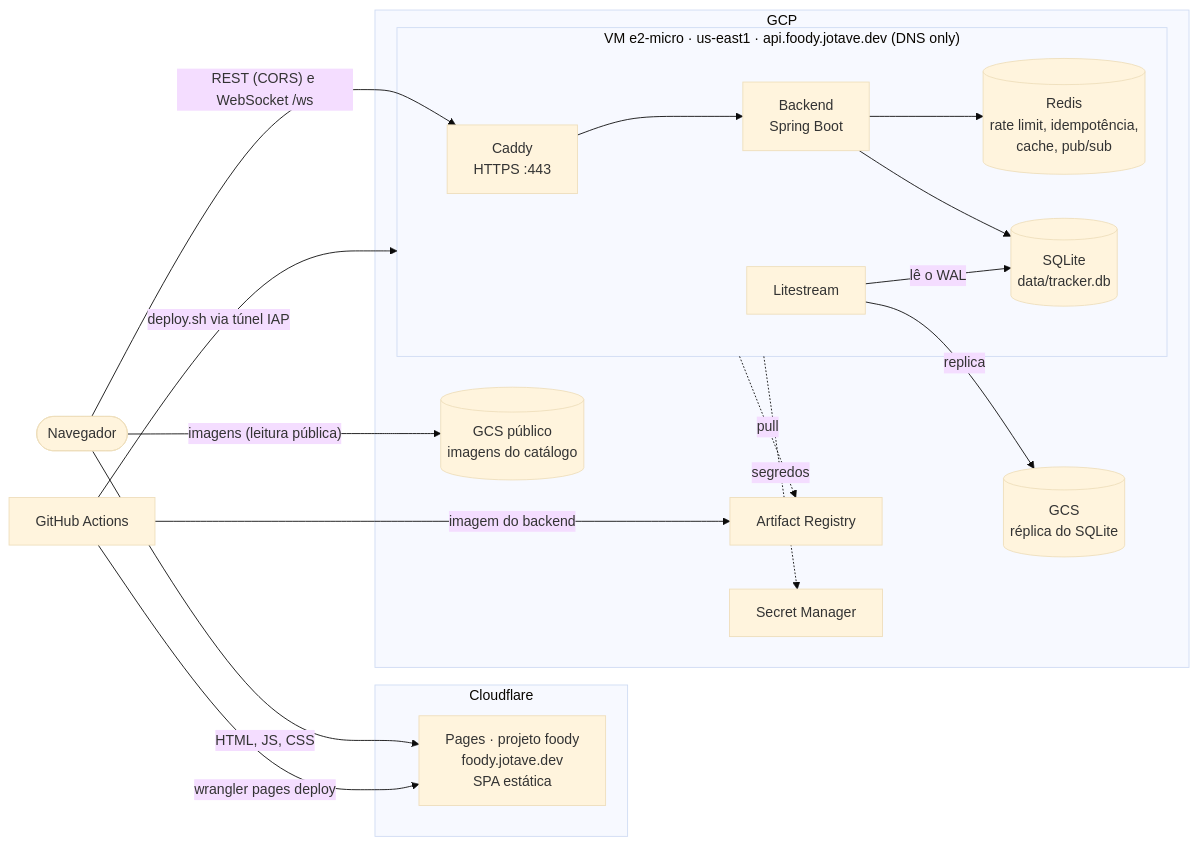
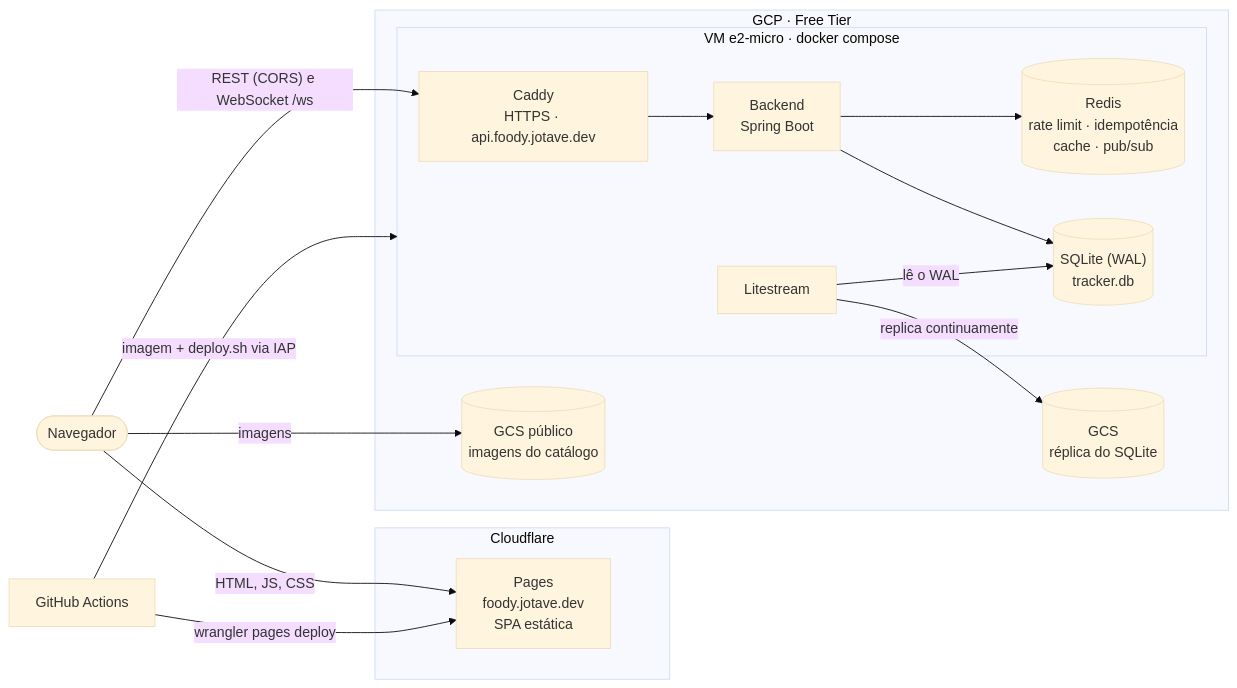
One commit to JotaveX/foody-delivery changed the first of 4 diagrams in README.md. Above: the diagram before and after it, drawn with Mermaid (base theme). The commit also changed other lines of this file, not shown here.

````diff
--- a/README.md
+++ b/README.md
@@ -13,38 +140,33 @@
 ```mermaid
 flowchart LR
     user([Navegador])
 
     subgraph cf[Cloudflare]
-        pages["Pages · projeto foody<br/>foody.jotave.dev<br/>SPA estática"]
+        pages["Pages<br/>foody.jotave.dev<br/>SPA estática"]
     end
 
-    subgraph gcp[GCP]
-        subgraph vm["VM e2-micro · us-east1 · api.foody.jotave.dev (DNS only)"]
-            caddy["Caddy<br/>HTTPS :443"]
+    subgraph gcp["GCP · Free Tier"]
+        subgraph vm["VM e2-micro · docker compose"]
+            caddy["Caddy<br/>HTTPS · api.foody.jotave.dev"]
             backend["Backend<br/>Spring Boot"]
-            redis[("Redis<br/>rate limit, idempotência,<br/>cache, pub/sub")]
-            sqlite[("SQLite<br/>data/tracker.db")]
+            redis[("Redis<br/>rate limit · idempotência<br/>cache · pub/sub")]
+            sqlite[("SQLite (WAL)<br/>tracker.db")]
             litestream["Litestream"]
         end
         gcs[("GCS<br/>réplica do SQLite")]
         images[("GCS público<br/>imagens do catálogo")]
-        ar["Artifact Registry"]
-        sm["Secret Manager"]
     end
 
     gha["GitHub Actions"]
 
     user -- "HTML, JS, CSS" --> pages
     user -- "REST (CORS) e WebSocket /ws" --> caddy
-    user -- "imagens (leitura pública)" --> images
+    user -- "imagens" --> images
     caddy --> backend
     backend --> redis
     backend --> sqlite
     litestream -- "lê o WAL" --> sqlite
-    litestream -- "replica" --> gcs
+    litestream -- "replica continuamente" --> gcs
     gha -- "wrangler pages deploy" --> pages
-    gha -- "imagem do backend" --> ar
-    gha -- "deploy.sh via túnel IAP" --> vm
-    vm -. "pull" .-> ar
-    vm -. "segredos" .-> sm
+    gha -- "imagem + deploy.sh via IAP" --> vm
 ```
````
